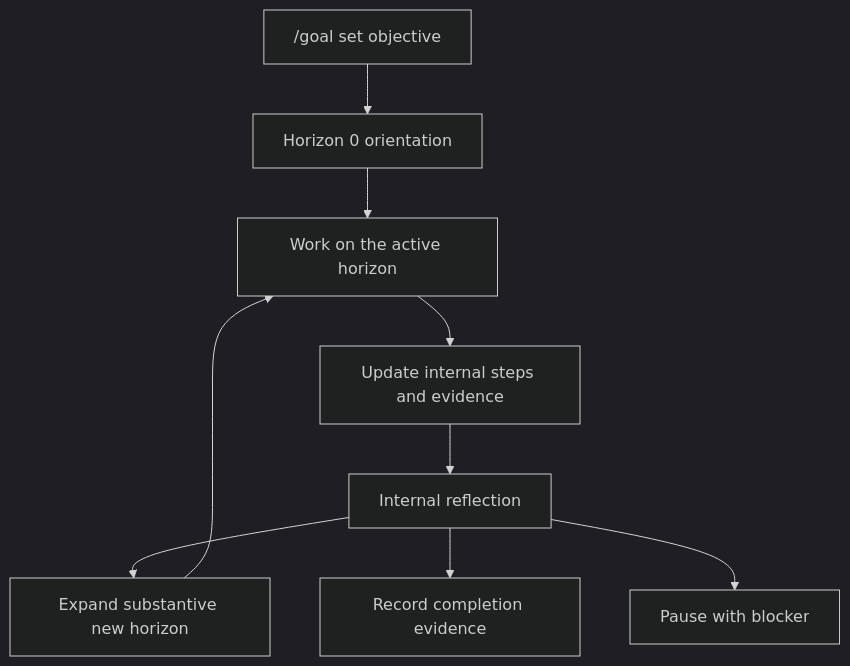
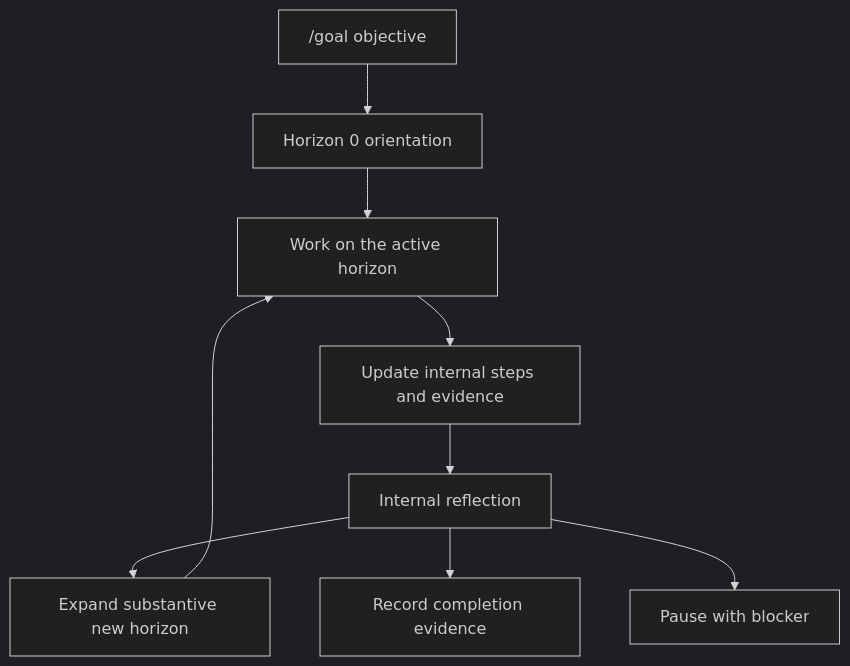
The diagram in website/docs/workflows/goal-mode.md (FAUST-BENCHOU/inferoa), drawn with Mermaid (dark theme) before and after one commit. The commit also changed other lines of this file and 36 other files, not shown here.

````diff
--- a/website/docs/workflows/goal-mode.md
+++ b/website/docs/workflows/goal-mode.md
@@ -51,20 +67,20 @@
 ```mermaid
 flowchart TD
-  Start["/goal set objective"]
+  Start["/goal objective"]
   Orient["Horizon 0 orientation"]
   Work["Work on the active horizon"]
   Update["Update internal steps and evidence"]
   Reflect["Internal reflection"]
   Expand["Expand substantive new horizon"]
   Done["Record completion evidence"]
   Blocked["Pause with blocker"]
 
   Start --> Orient
   Orient --> Work
   Work --> Update
   Update --> Reflect
   Reflect --> Expand
   Expand --> Work
   Reflect --> Done
   Reflect --> Blocked
 ```
````
